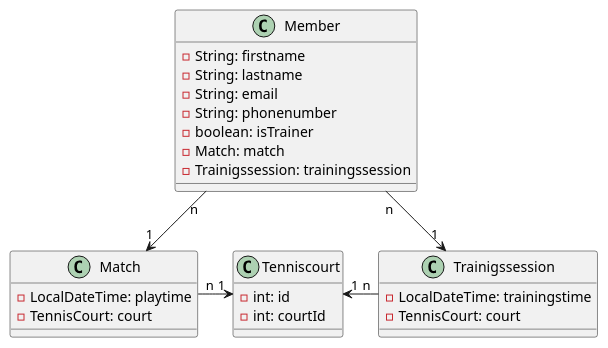
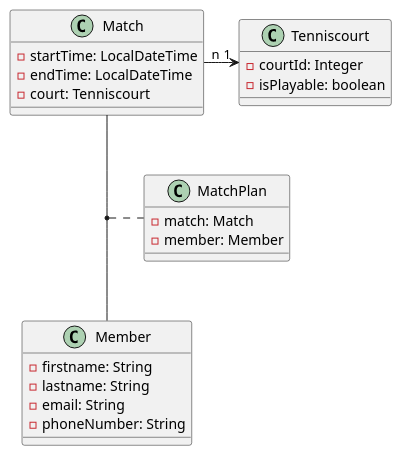
Before and after one commit to 2122-4ahif-nvs/01-microproject-KoenigJulia: the diagram in asciidocs/index.adoc, drawn with PlantUML. The commit also changed 18 other files, not shown here.

```diff
--- a/asciidocs/index.adoc
+++ b/asciidocs/index.adoc
@@ -16,35 +16,32 @@
 [plantuml]
 ----
 @startuml
 
 class Member{
-    - String: firstname
-    - String: lastname
-    - String: email
-    - String: phonenumber
-    - boolean: isTrainer
-    - Match: match
-    - Trainigssession: trainingssession
+    - firstname: String
+    - lastname: String
+    - email: String
+    - phoneNumber: String
 }
 
 class Match{
-    - LocalDateTime: playtime
-    - TennisCourt: court
-}
-
-class Trainigssession{
-    - LocalDateTime: trainingstime
-    - TennisCourt: court
+    - startTime: LocalDateTime
+    - endTime: LocalDateTime
+    - court: Tenniscourt
 }
 
 class Tenniscourt{
-    - int: id
-    - int: courtId
+    - courtId: Integer
+    - isPlayable: boolean
 }
 
-Member "n" --> "1" Trainigssession
-Trainigssession "n" -l-> "1" Tenniscourt
-Member "n" --> "1" Match
+class MatchPlan{
+    -match: Match
+    -member: Member
+}
+
 Match "n" -r-> "1" Tenniscourt
+
+(Match, Member) .. MatchPlan
 @enduml
 ----
```
